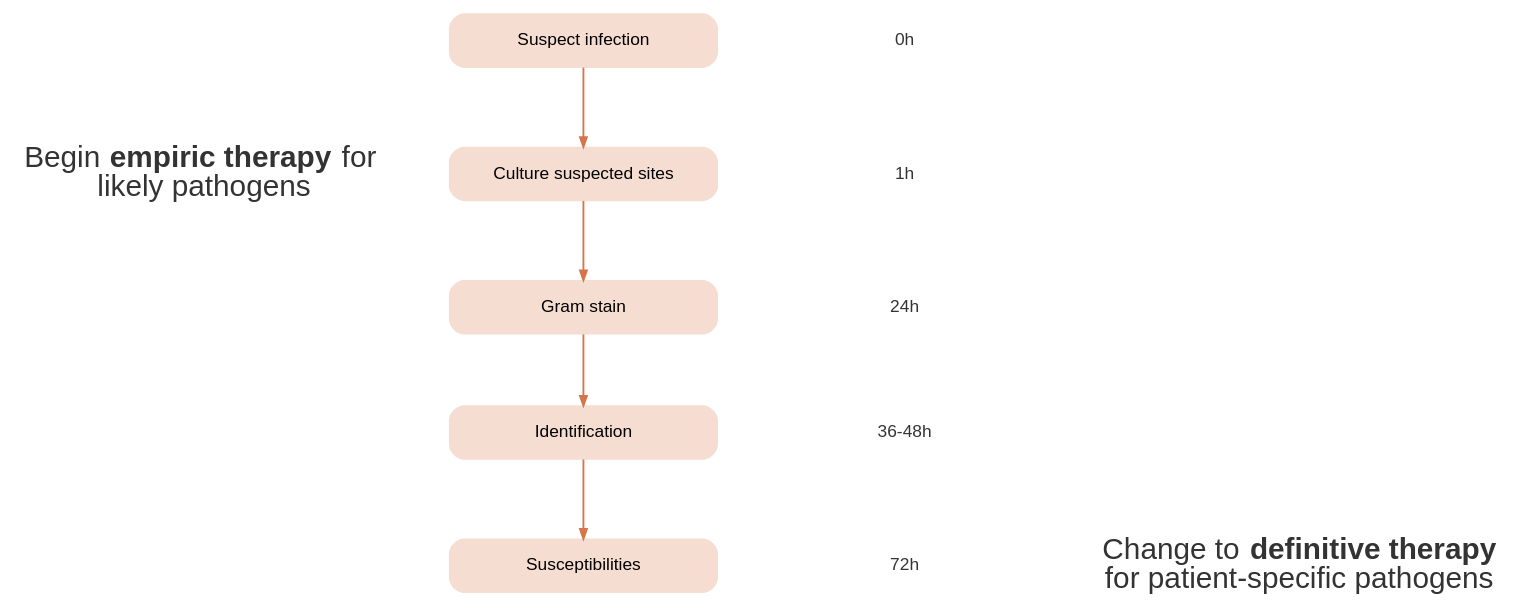
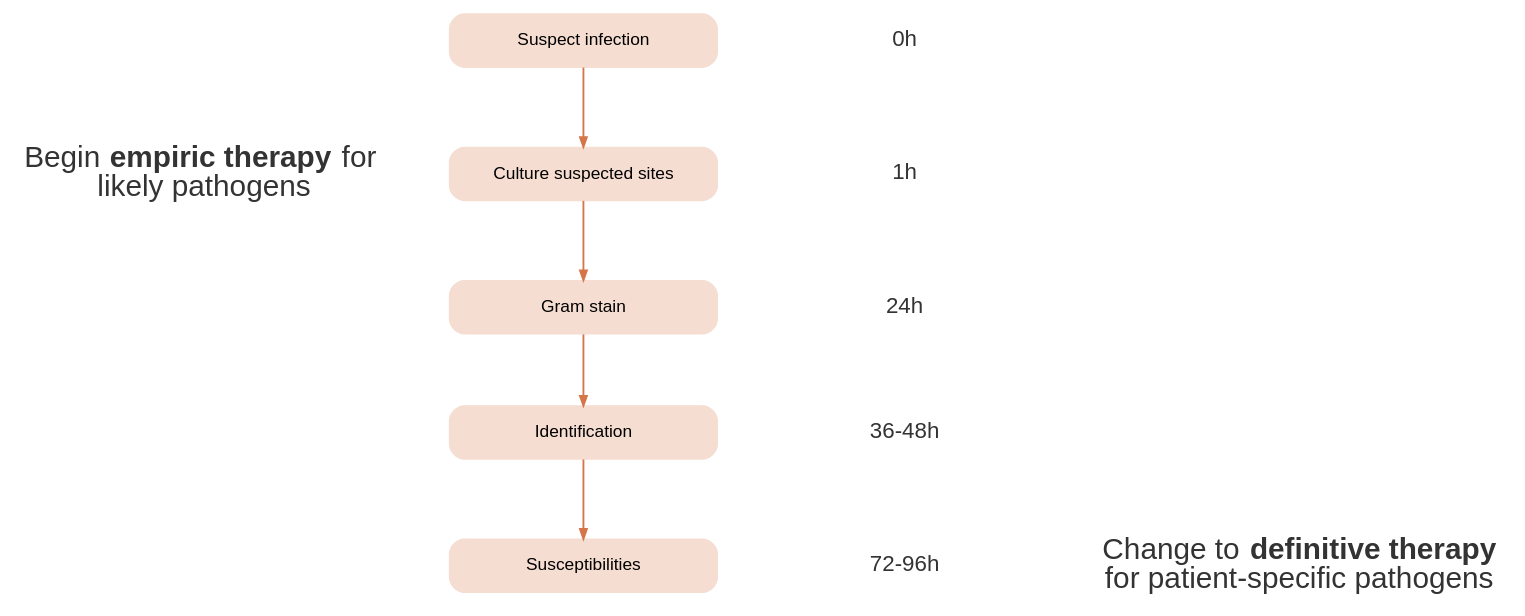
One commit to Russlewisbo/antibiotictreatment changed the first of 3 diagrams in Principles_lecture.qmd. Above: the diagram before and after it, drawn with Graphviz. The commit also changed other lines of this file and 12 other files, not shown here.

````diff
--- a/Principles_lecture.qmd
+++ b/Principles_lecture.qmd
@@ -180,70 +254,70 @@
 ```{dot}
 digraph infection_timeline {
     // Graph settings
     rankdir=TB;
     splines=ortho;
     nodesep=0.6;
     ranksep=0.8;
     bgcolor="white";
     
     // Node defaults
     node [
         shape=box,
         style="filled,rounded",
         fillcolor="#F5DDD1",
         color="#F5DDD1",
         fontname="Arial",
         fontsize=14,
         width=3,
         height=0.6
     ];
     
     // Edge defaults
     edge [
         color="#D4764A",
         arrowsize=0.8,
         penwidth=1.5
     ];
     
     // Time labels (invisible nodes for positioning)
-    node [shape=plaintext, fillcolor=transparent, color=transparent, fontcolor="#333333", fontsize=14];
+    node [shape=plaintext, fillcolor=transparent, color=transparent, fontcolor="#333333", fontsize=18];
     t0 [label="0h"];
     t1 [label="1h"];
     t24 [label="24h"];
     t48 [label="36-48h"];
-    t72 [label="72h"];
+    t72 [label="72-96h"];
     
     // Annotation labels - 200% larger (fontsize=24)
     node [fontsize=24, fontcolor="#333333"];
     empiric [label=<Begin <b>empiric therapy </b> for<br/>likely pathogens>];
     definitive [label=<Change to <b>definitive therapy</b><br/>for patient-specific pathogens>];
     
     // Main process nodes
     node [shape=box, style="filled,rounded", fillcolor="#F5DDD1", color="#F5DDD1", fontcolor="black", fontsize=14];
     suspect [label="Suspect infection"];
     culture [label="Culture suspected sites"];
     gram [label="Gram stain"];
     id [label="Identification"];
     suscept [label="Susceptibilities"];
     
     // Main flow
     suspect -> culture -> gram -> id -> suscept;
     
     // Position time labels and annotations using same rank
     {rank=same; suspect; t0}
     {rank=same; culture; t1; empiric}
     {rank=same; gram; t24}
     {rank=same; id; t48}
     {rank=same; suscept; t72; definitive}
     
     // Invisible edges for positioning
     edge [style=invis];
     empiric -> culture;
     culture -> t1;
     suspect -> t0;
     gram -> t24;
     id -> t48;
     suscept -> t72;
     t72 -> definitive;
 }
 ```
````
